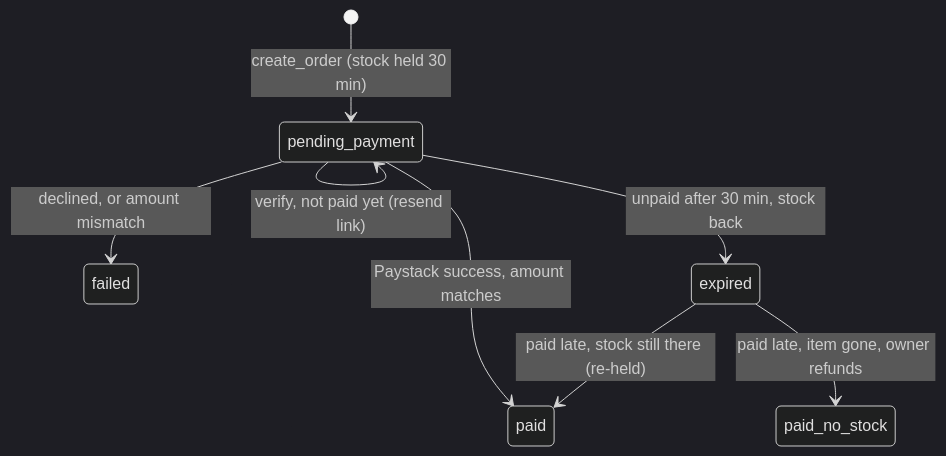
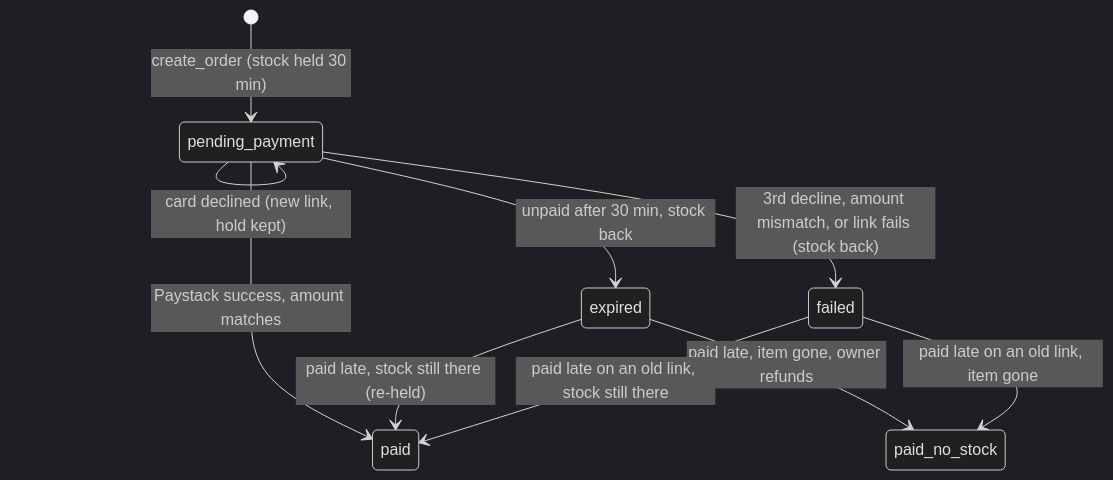
One commit to samowolabi/orderly changed the second of 2 diagrams in docs/ENGINEERING.md. Above: the diagram before and after it, drawn with Mermaid (dark theme). The commit also changed other lines of this file and 20 other files, not shown here.

````diff
--- a/docs/ENGINEERING.md
+++ b/docs/ENGINEERING.md
@@ -72,10 +72,13 @@
 ```mermaid
 stateDiagram-v2
   [*] --> pending_payment: create_order (stock held 30 min)
   pending_payment --> pending_payment: verify, not paid yet (resend link)
+  pending_payment --> pending_payment: card declined (new link, hold kept)
   pending_payment --> paid: Paystack success, amount matches
-  pending_payment --> failed: declined, or amount mismatch
+  pending_payment --> failed: 3rd decline, amount mismatch, or link fails (stock back)
   pending_payment --> expired: unpaid after 30 min, stock back
   expired --> paid: paid late, stock still there (re-held)
   expired --> paid_no_stock: paid late, item gone, owner refunds
+  failed --> paid: paid late on an old link, stock still there
+  failed --> paid_no_stock: paid late on an old link, item gone
 ```
````
